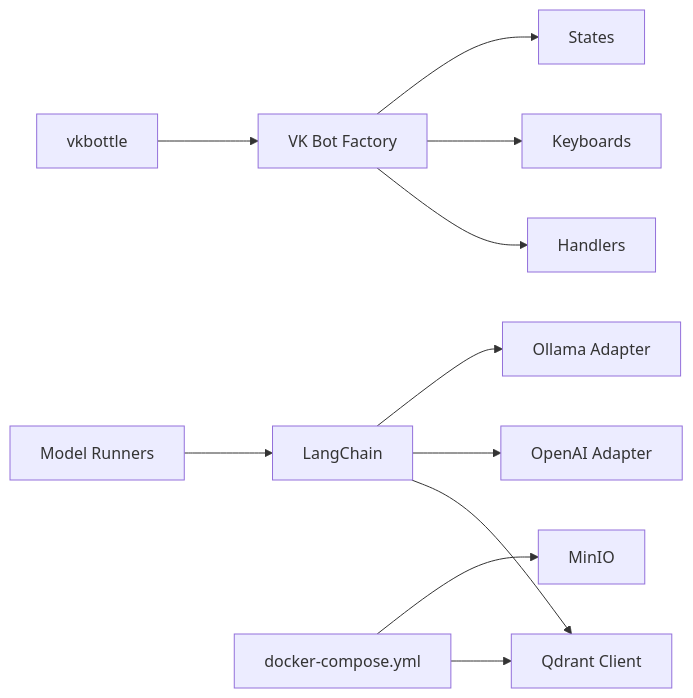
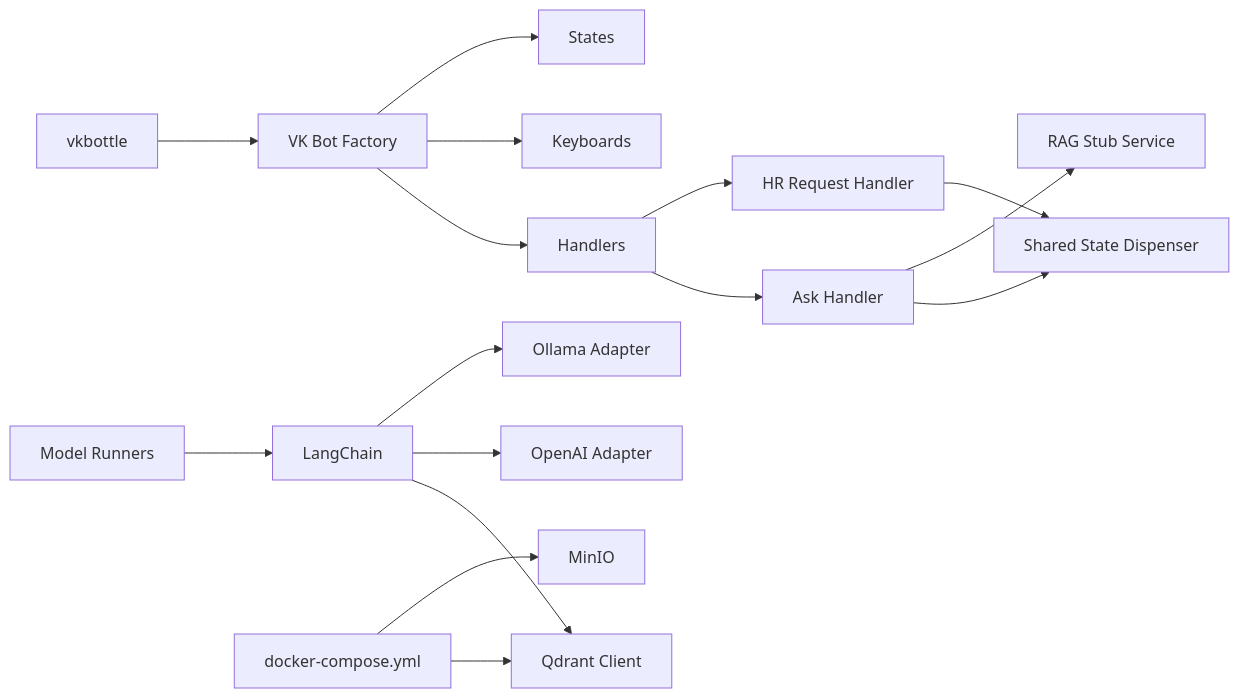
Diagram 12 of 12 in .qoder/repowiki/en/content/RAG Integration.md (ognelis/cafetera_hr_bot), drawn with Mermaid before and after one commit. The commit also changed other lines of this file and 15 other files, not shown here.

````diff
--- a/.qoder/repowiki/en/content/RAG Integration.md
+++ b/.qoder/repowiki/en/content/RAG Integration.md
@@ -394,13 +525,18 @@
 ```mermaid
 graph LR
 VK["vkbottle"] --> Bot["VK Bot Factory"]
 Bot --> Handlers["Handlers"]
 Bot --> Keyboards["Keyboards"]
 Bot --> States["States"]
+Handlers --> AskHandler["Ask Handler"]
+Handlers --> HRRequest["HR Request Handler"]
+AskHandler --> StateDispenser["Shared State Dispenser"]
+AskHandler --> RagStub["RAG Stub Service"]
+HRRequest --> StateDispenser
 LC["LangChain"] --> Qdrant["Qdrant Client"]
 LC --> OA["OpenAI Adapter"]
 LC --> OL["Ollama Adapter"]
 Infra["docker-compose.yml"] --> Qdrant
 Infra --> MinIO["MinIO"]
 Scripts["Model Runners"] --> LC
 ```
````
